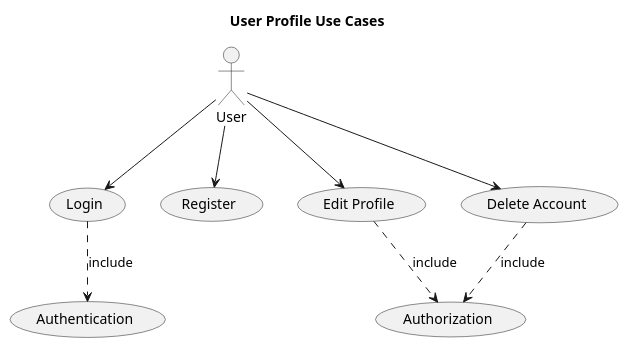
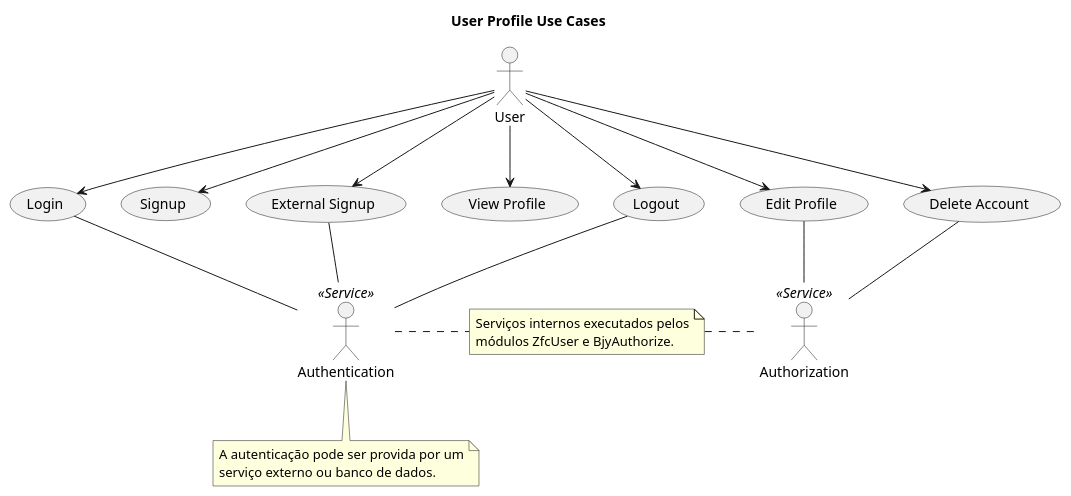
Before and after one commit to mihailov-vf/siscourb: the diagram in docs/UML/User/user_profile_uc.puml, drawn with PlantUML. The commit also changed 37 other files, not shown here.

```diff
--- a/docs/UML/User/user_profile_uc.puml
+++ b/docs/UML/User/user_profile_uc.puml
@@ -1,17 +1,34 @@
 @startuml
 
 title User Profile Use Cases
 
 :User:
 
+:Authentication: <<Service>>
+:Authorization: <<Service>>
+
 User --> (Login)
-User --> (Register)
+User --> (Signup)
+User --> (External Signup)
+User --> (View Profile)
 User --> (Edit Profile)
 User --> (Delete Account)
+User --> (Logout)
 
-(Login) ..> (Authentication) :include
+(Login) -- Authentication
+(Logout) -- Authentication
+(External Signup) -- Authentication
 
-(Edit Profile) ..> (Authorization) :include
-(Delete Account) ..> (Authorization) :include
+(Edit Profile) -- Authorization
+(Delete Account) -- Authorization
+
+note "Serviços internos executados pelos\nmódulos ZfcUser e BjyAuthorize." as N
+
+Authentication . N
+N . Authorization
+
+note "A autenticação pode ser provida por um\nserviço externo ou banco de dados." as N2
+
+Authentication .down. N2
 
 @enduml
```
